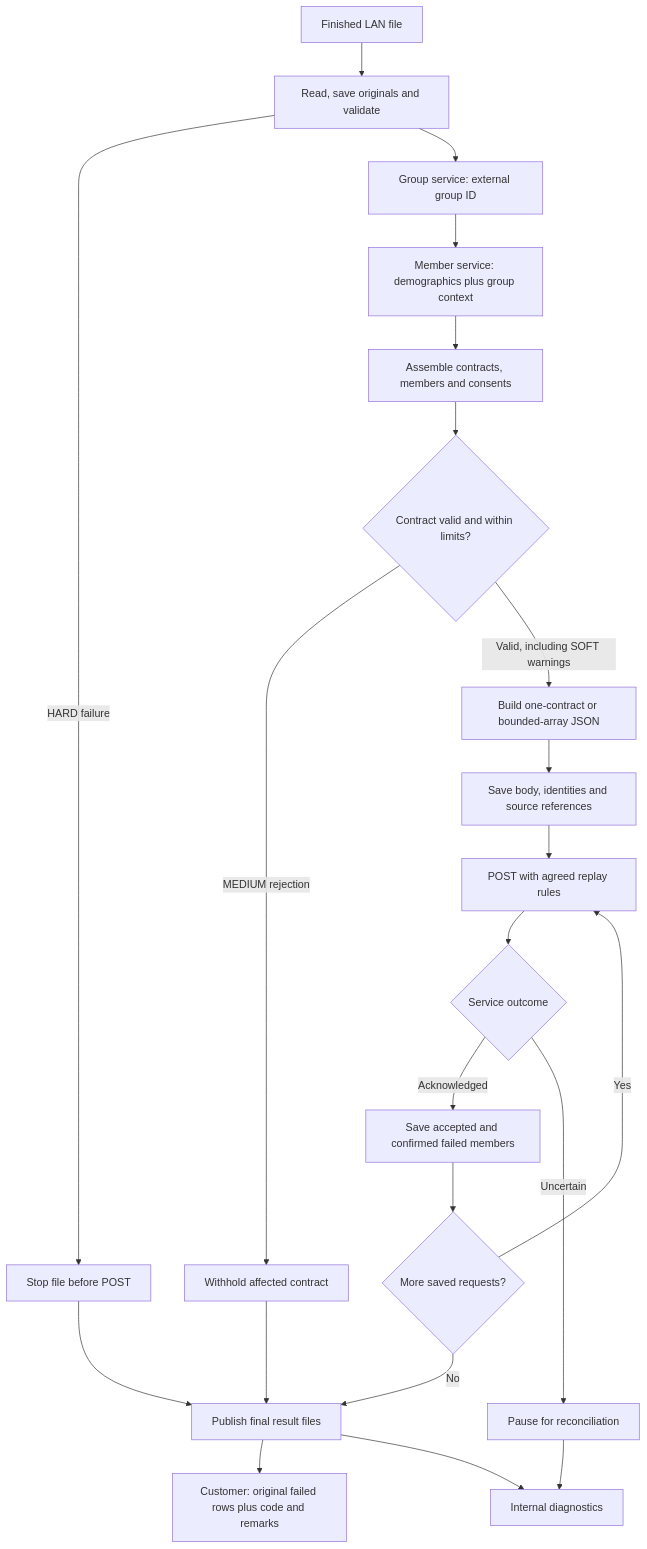
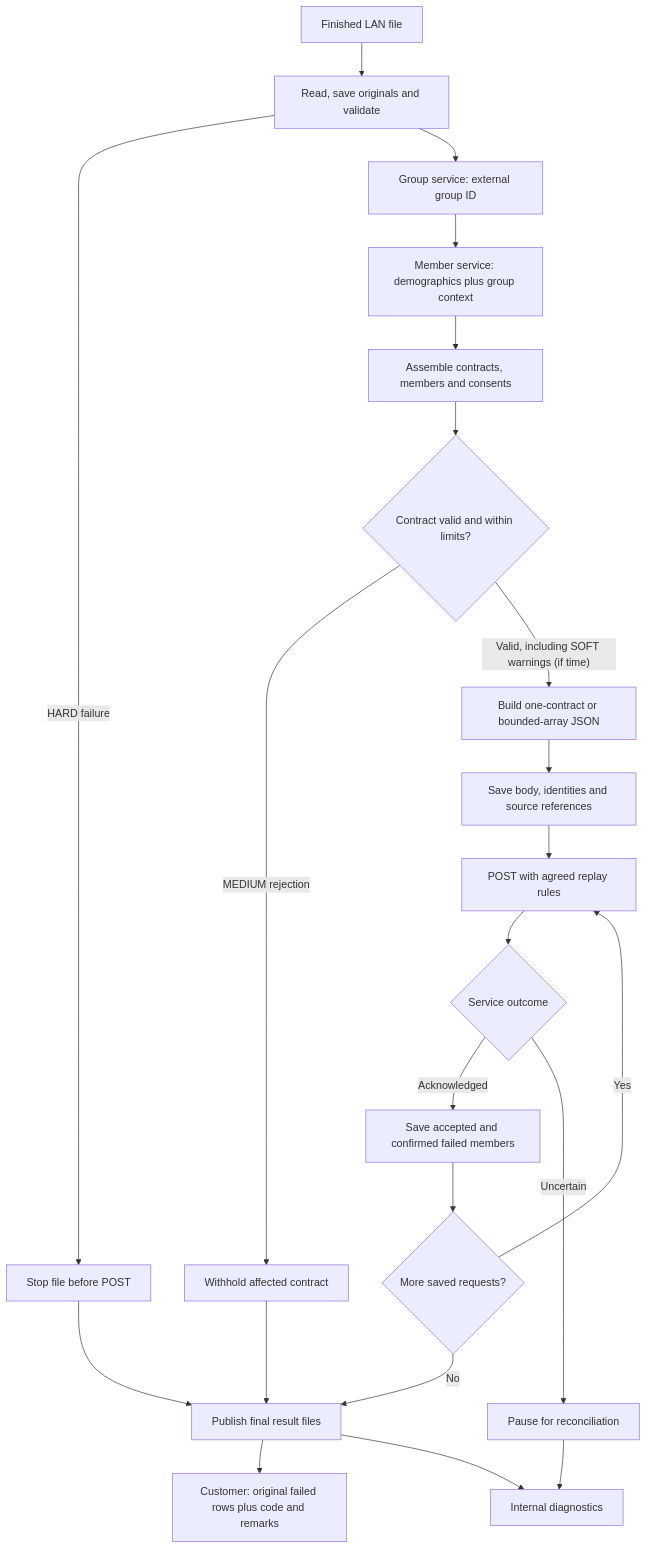
Before and after one commit to jenbrick/fileadapter: the diagram in docs/january-delivery-plan-detailed.md, drawn with Mermaid. The commit also changed other lines of this file and 1 other file, not shown here.

````diff
--- a/docs/january-delivery-plan-detailed.md
+++ b/docs/january-delivery-plan-detailed.md
@@ -52,24 +48,24 @@
 ```mermaid
 flowchart TD
     File["Finished LAN file"] --> Parse["Read, save originals and validate"]
     Parse -->|"HARD failure"| Stop["Stop file before POST"]
     Parse --> Group["Group service: external group ID"]
     Group --> Member["Member service: demographics plus group context"]
     Member --> Assemble["Assemble contracts, members and consents"]
     Assemble --> Check{"Contract valid and within limits?"}
     Check -->|"MEDIUM rejection"| Reject["Withhold affected contract"]
-    Check -->|"Valid, including SOFT warnings"| Shape["Build one-contract or bounded-array JSON"]
+    Check -->|"Valid, including SOFT warnings (if time)"| Shape["Build one-contract or bounded-array JSON"]
     Shape --> Store["Save body, identities and source references"]
     Store --> Post["POST with agreed replay rules"]
     Post --> Outcome{"Service outcome"}
     Outcome -->|"Acknowledged"| Record["Save accepted and confirmed failed members"]
     Outcome -->|"Uncertain"| Hold["Pause for reconciliation"]
     Record --> Next{"More saved requests?"}
     Next -->|"Yes"| Post
     Next -->|"No"| Results["Publish final result files"]
     Stop --> Results
     Reject --> Results
     Hold --> IT["Internal diagnostics"]
     Results --> Customer["Customer: original failed rows plus code and remarks"]
     Results --> IT
 ```
````
